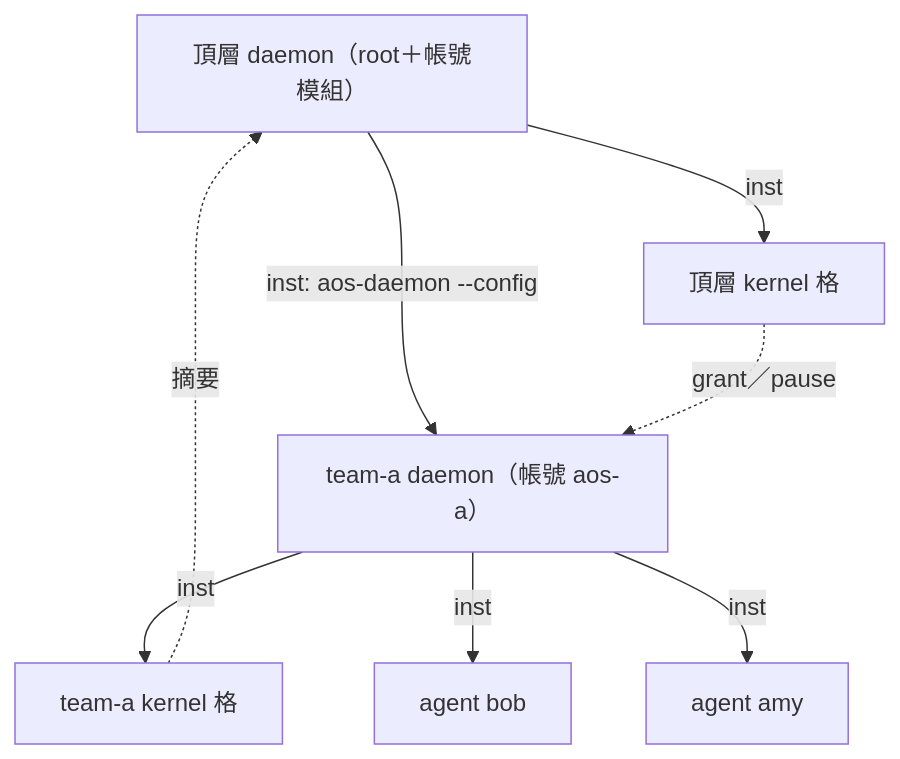
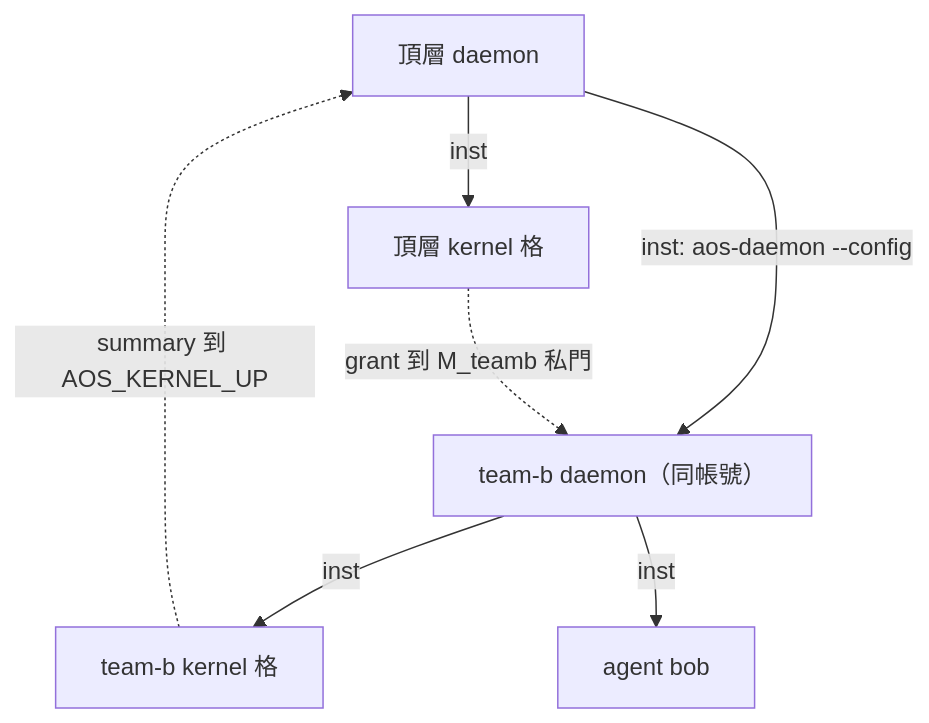
The second of 2 diagrams in proto6/notes/proposals/2026-10-02-kernel/03-推薦方案.md (justty32/aos), drawn with Mermaid before and after one commit. The commit also changed other lines of this file and 5 other files, not shown here.

First line of the commit message:
kernel 提案照 astra 審查修正：預置暫停、grant 走私門、多層同帳號、envs 放對位置

````diff
--- a/proto6/notes/proposals/2026-10-02-kernel/03-推薦方案.md
+++ b/proto6/notes/proposals/2026-10-02-kernel/03-推薦方案.md
@@ -80,10 +86,9 @@
 ```mermaid
 flowchart TB
-  D0[頂層 daemon（root＋帳號模組）] -->|inst| K0[頂層 kernel 格]
-  D0 -->|inst: aos-daemon --config| D1[team-a daemon（帳號 aos-a）]
-  D1 -->|inst| K1[team-a kernel 格]
+  D0[頂層 daemon] -->|inst| K0[頂層 kernel 格]
+  D0 -->|inst: aos-daemon --config| D1[team-b daemon（同帳號）]
+  D1 -->|inst| K1[team-b kernel 格]
   D1 -->|inst| A1[agent bob]
-  D1 -->|inst| A2[agent amy]
-  K1 -. 摘要 .-> D0
-  K0 -. grant／pause .-> D1
+  K1 -. summary 到 AOS_KERNEL_UP .-> D0
+  K0 -. grant 到 M_teamb 私門 .-> D1
 ```
````
